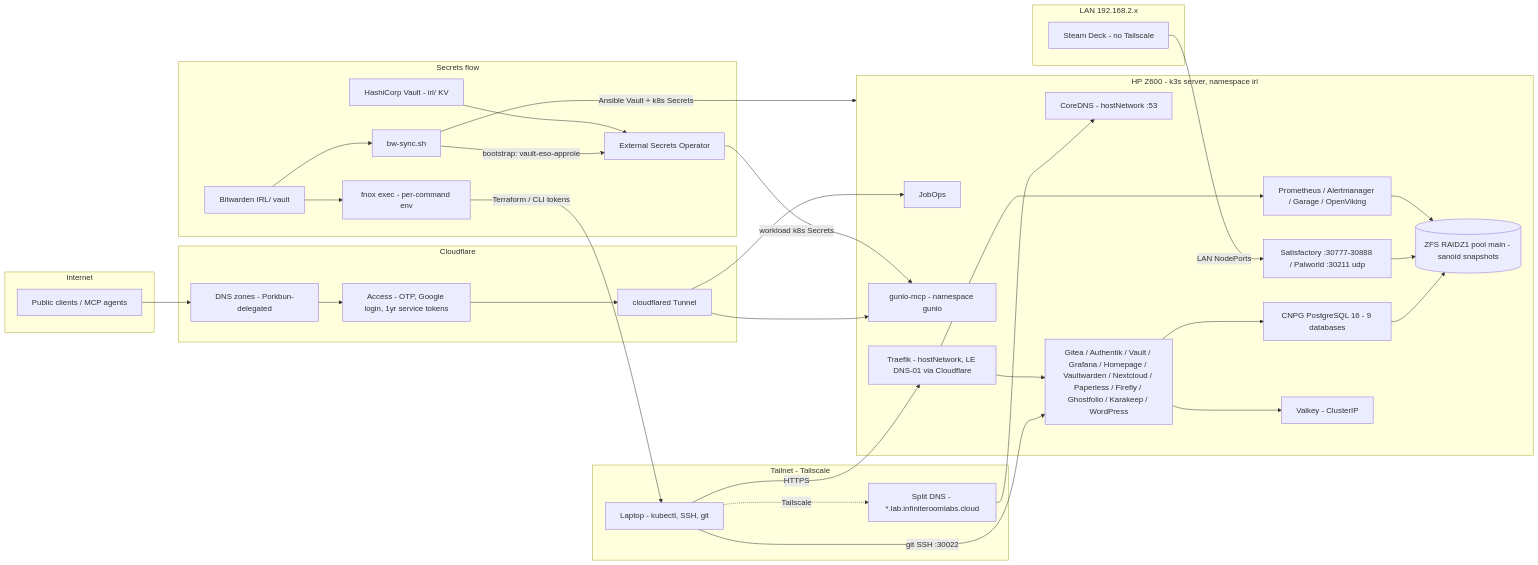
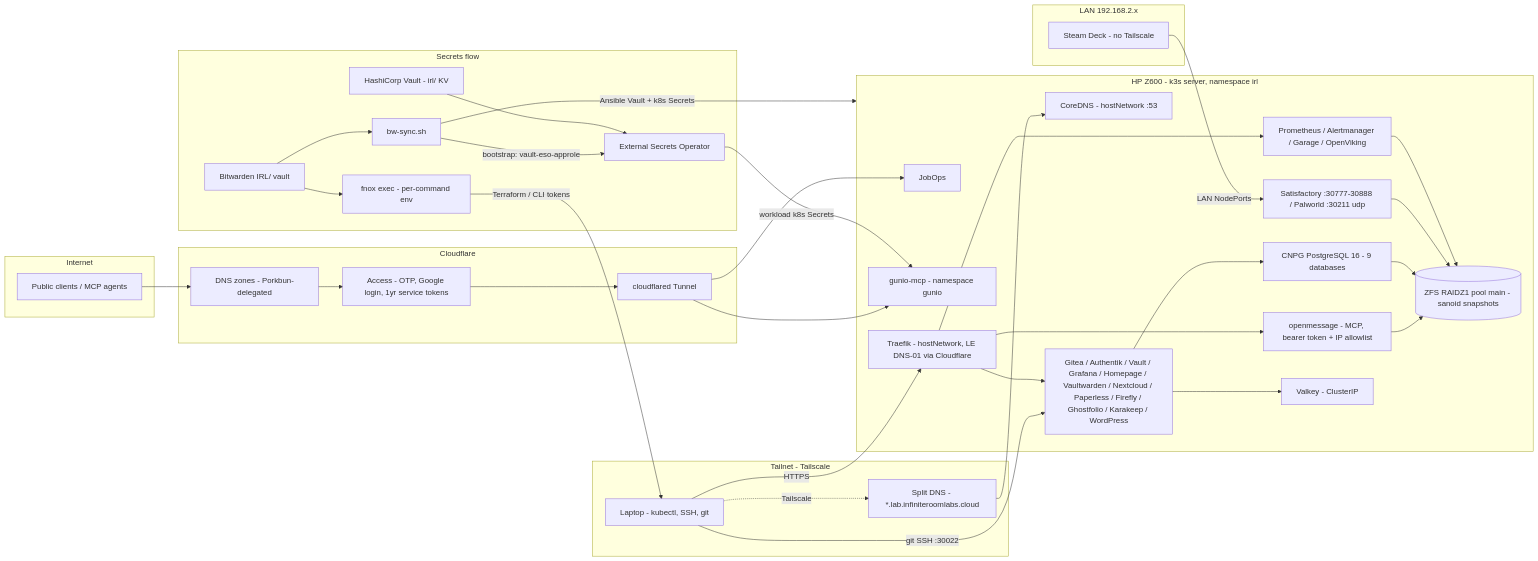
The diagram in README.md (InfiniteRoomLabs/infinite-room-labs-infra), drawn with Mermaid before and after one commit. The commit also changed other lines of this file and 19 other files, not shown here.

````diff
--- a/README.md
+++ b/README.md
@@ -67,60 +67,63 @@
 ```mermaid
 flowchart LR
     subgraph internet[Internet]
         pub[Public clients / MCP agents]
     end
 
     subgraph cf[Cloudflare]
         zones[DNS zones - Porkbun-delegated]
         access[Access - OTP, Google login, 1yr service tokens]
         tunnel[cloudflared Tunnel]
     end
 
     subgraph tailnet[Tailnet - Tailscale]
         laptop[Laptop - kubectl, SSH, git]
         splitdns[Split DNS - *.lab.infiniteroomlabs.cloud]
     end
 
     subgraph lan[LAN 192.168.2.x]
         deck[Steam Deck - no Tailscale]
     end
 
     subgraph z600[HP Z600 - k3s server, namespace irl]
         coredns[CoreDNS - hostNetwork :53]
         traefik[Traefik - hostNetwork, LE DNS-01 via Cloudflare]
         jobops[JobOps]
         gunio[gunio-mcp - namespace gunio]
         websvcs[Gitea / Authentik / Vault / Grafana / Homepage / Vaultwarden / Nextcloud / Paperless / Firefly / Ghostfolio / Karakeep / WordPress]
+        openmessage[openmessage - MCP, bearer token + IP allowlist]
         intsvcs[Prometheus / Alertmanager / Garage / OpenViking]
         games[Satisfactory :30777-30888 / Palworld :30211 udp]
         cnpg[CNPG PostgreSQL 16 - 9 databases]
         valkey[Valkey - ClusterIP]
         zfs[(ZFS RAIDZ1 pool main - sanoid snapshots)]
     end
 
     pub --> zones --> access --> tunnel --> jobops
     tunnel --> gunio
     laptop -.->|Tailscale| splitdns --> coredns
     laptop -->|HTTPS| traefik
     laptop -->|git SSH :30022| websvcs
     traefik --> websvcs
     traefik --> intsvcs
+    traefik --> openmessage
+    openmessage --> zfs
     deck -->|LAN NodePorts| games
     websvcs --> cnpg
     websvcs --> valkey
     cnpg --> zfs
     games --> zfs
     intsvcs --> zfs
 
     subgraph secrets[Secrets flow]
         bw[Bitwarden IRL/ vault]
         fnox[fnox exec - per-command env]
         bwsync[bw-sync.sh]
         hvault[HashiCorp Vault - irl/ KV]
         eso[External Secrets Operator]
     end
     bw --> fnox -->|Terraform / CLI tokens| laptop
     bw --> bwsync -->|Ansible Vault + k8s Secrets| z600
     bwsync -->|bootstrap: vault-eso-approle| eso
     hvault --> eso -->|workload k8s Secrets| gunio
 ```
````
